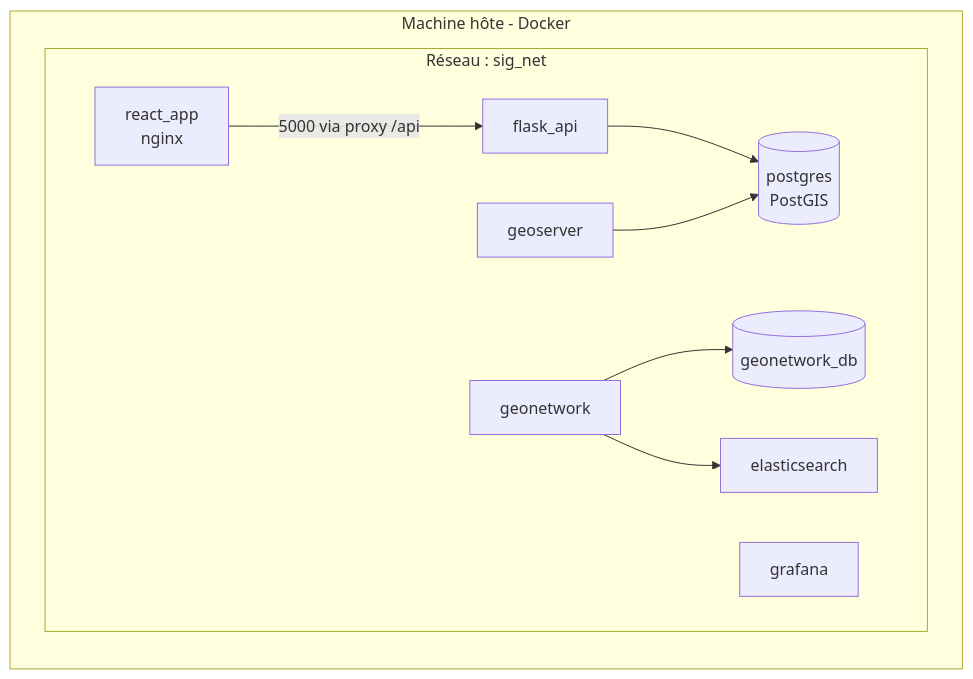
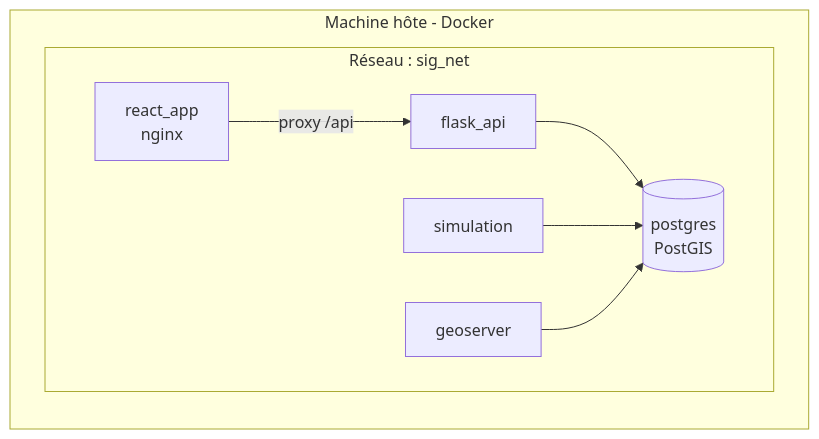
One commit to malek-24/geo-telecom-noc changed the third of 3 diagrams in docs (1)/architecture_rapport_PFE (1).md. Above: the diagram before and after it, drawn with Mermaid. The commit also changed other lines of this file and 102 other files, not shown here.

````diff
--- a/docs (1)/architecture_rapport_PFE (1).md
+++ b/docs (1)/architecture_rapport_PFE (1).md
@@ -97,21 +75,17 @@
 ```mermaid
 flowchart LR
   subgraph host["Machine hôte - Docker"]
     subgraph net["Réseau : sig_net"]
       postgres[(postgres\nPostGIS)]
-      gndb[(geonetwork_db)]
-      es[elasticsearch]
       api[flask_api]
+      sim[simulation]
       fe[react_app\nnginx]
       gs[geoserver]
-      gn[geonetwork]
-      gr[grafana]
     end
   end
 
-  fe -->|5000 via proxy /api| api
+  fe -->|proxy /api| api
   api --> postgres
+  sim --> postgres
   gs --> postgres
-  gn --> gndb
-  gn --> es
 ```
````
